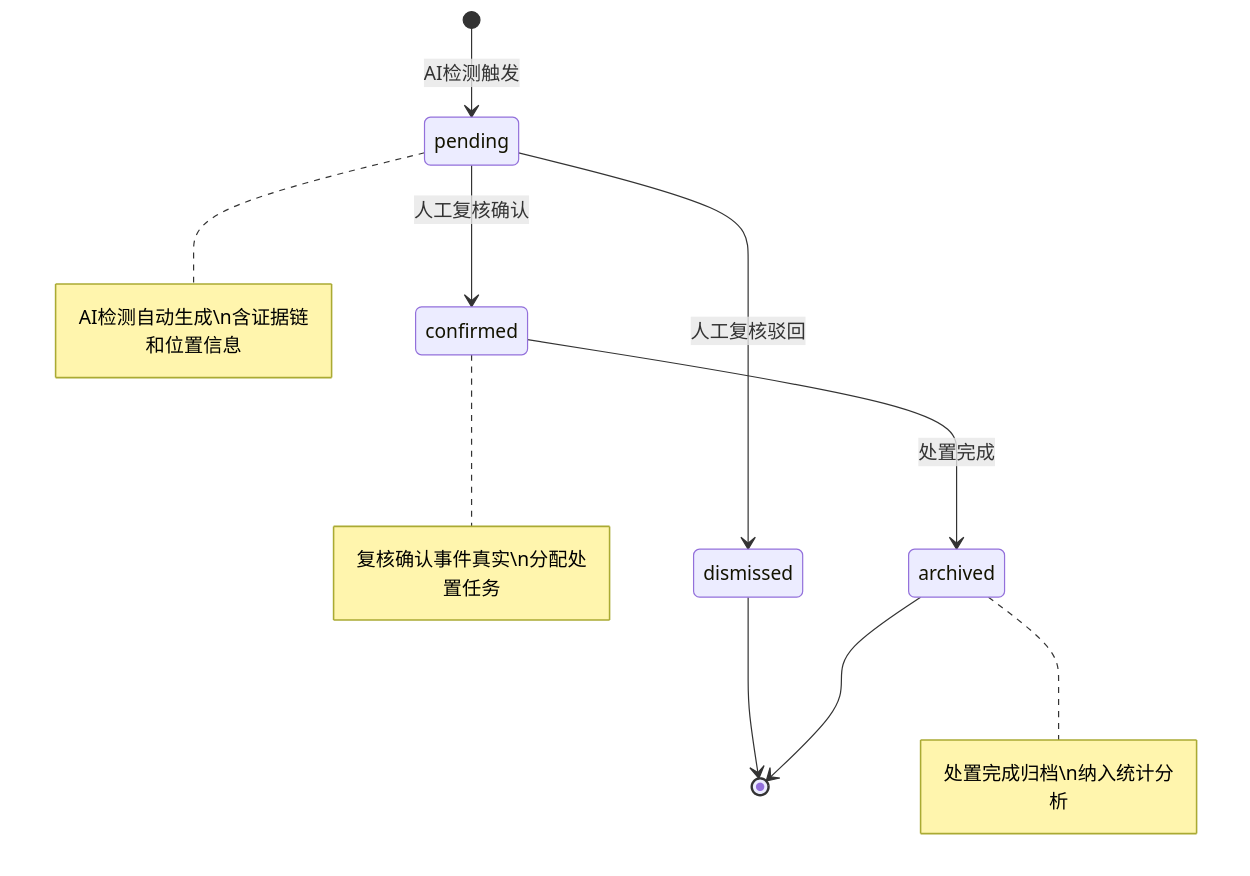
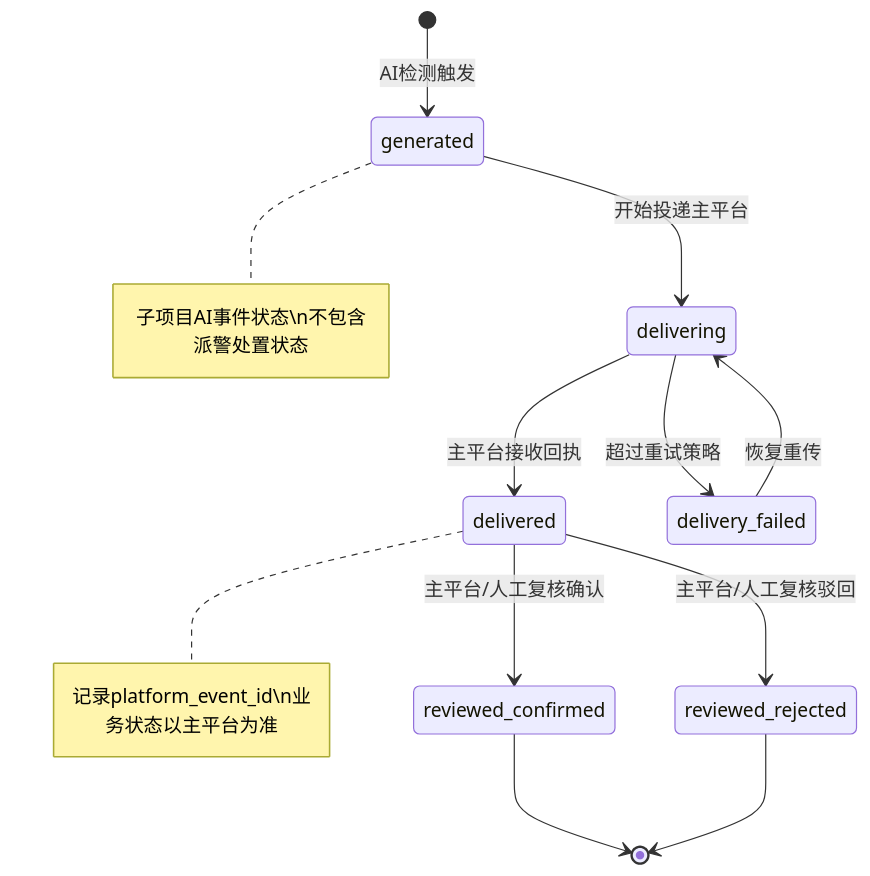
One commit to fjwangzy/TrafficAnalyzer changed the fourth of 4 diagrams in docs/generated/2026-06-29-uav-traffic-ai-prd.md. Above: the diagram before and after it, drawn with Mermaid. The commit also changed other lines of this file and 51 other files, not shown here.

````diff
--- a/docs/generated/2026-06-29-uav-traffic-ai-prd.md
+++ b/docs/generated/2026-06-29-uav-traffic-ai-prd.md
@@ -562,13 +920,15 @@
 ```mermaid
 stateDiagram-v2
-    [*] --> pending : AI检测触发
-    pending --> confirmed : 人工复核确认
-    pending --> dismissed : 人工复核驳回
-    confirmed --> archived : 处置完成
-    dismissed --> [*]
-    archived --> [*]
+    [*] --> generated : AI检测触发
+    generated --> delivering : 开始投递主平台
+    delivering --> delivered : 主平台接收回执
+    delivering --> delivery_failed : 超过重试策略
+    delivery_failed --> delivering : 恢复重传
+    delivered --> reviewed_confirmed : 主平台/人工复核确认
+    delivered --> reviewed_rejected : 主平台/人工复核驳回
+    reviewed_confirmed --> [*]
+    reviewed_rejected --> [*]
 
-    note right of pending : AI检测自动生成\n含证据链和位置信息
-    note right of confirmed : 复核确认事件真实\n分配处置任务
-    note right of archived : 处置完成归档\n纳入统计分析
+    note right of generated : 子项目AI事件状态\n不包含派警处置状态
+    note right of delivered : 记录platform_event_id\n业务状态以主平台为准
 ```
````
